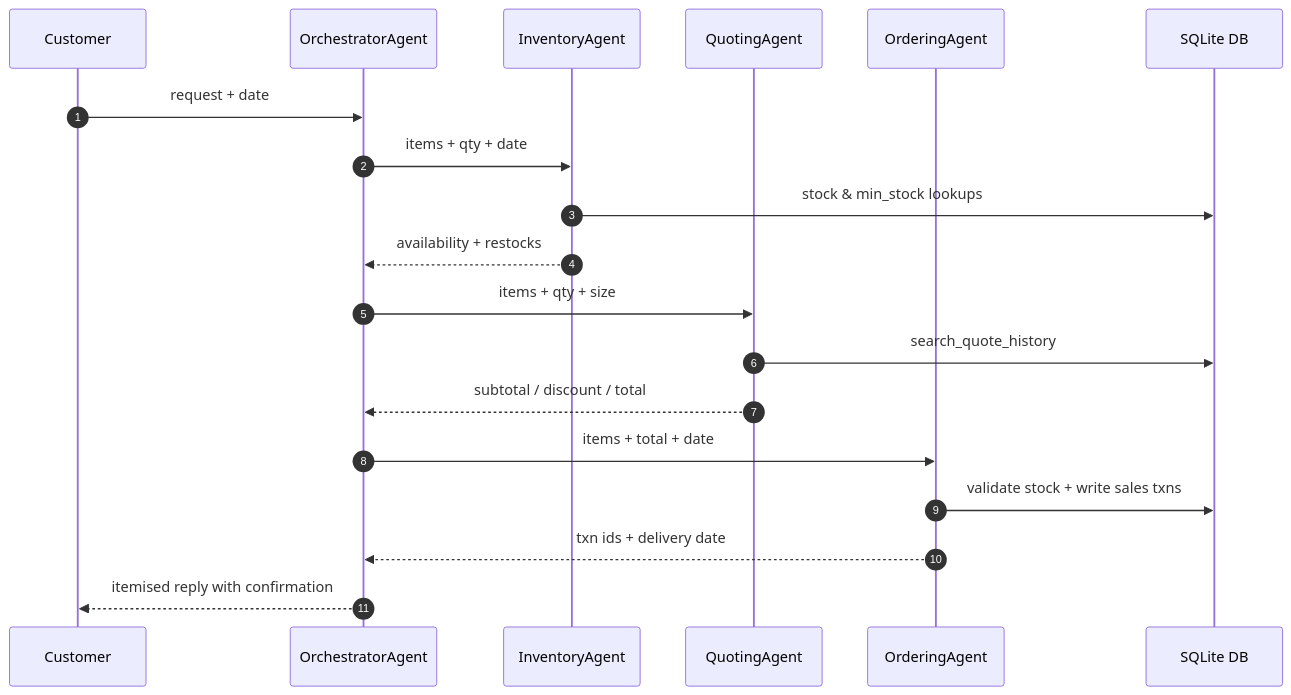
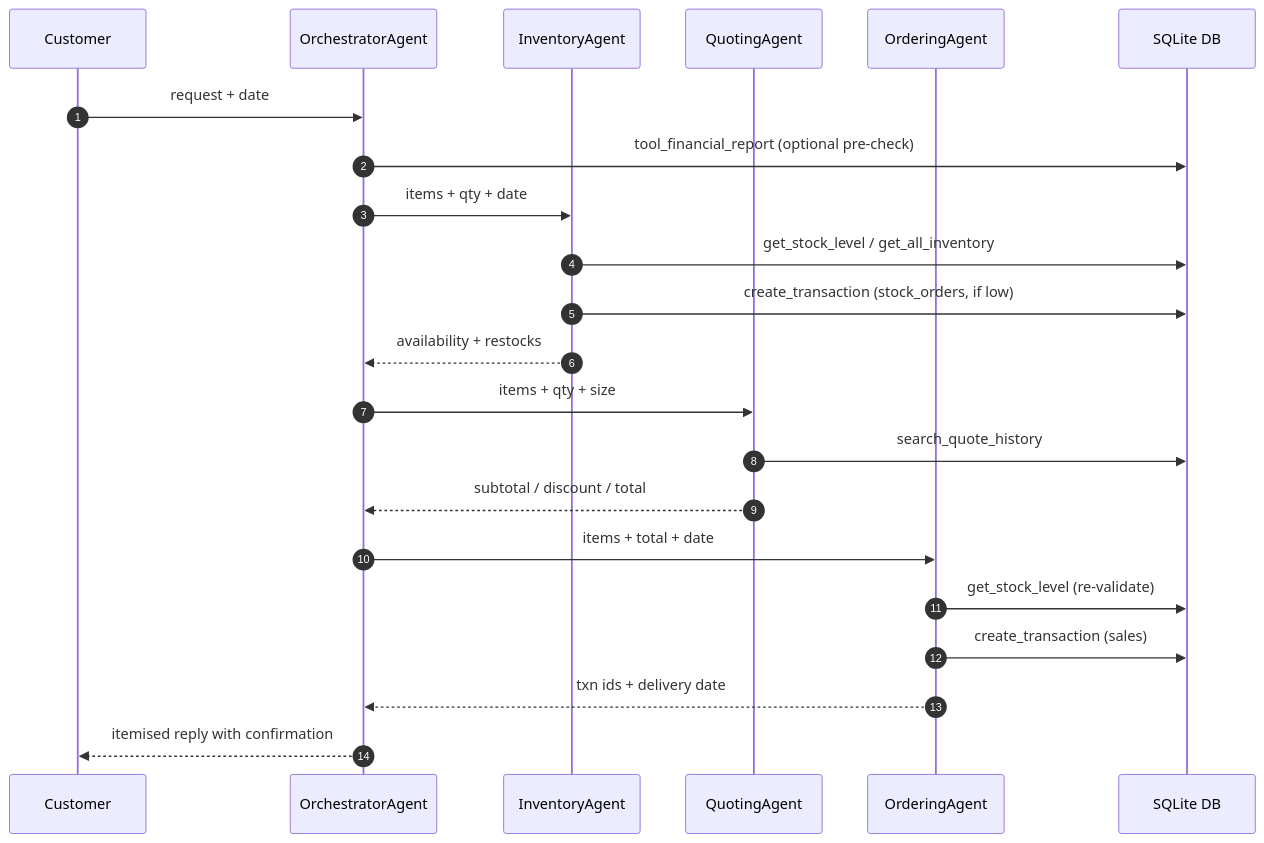
The second of 2 diagrams in project/workflow_diagram.md (atamayop2018/multia-agent-based-workflows), drawn with Mermaid before and after one commit. The commit also changed other lines of this file and 3 other files, not shown here.

````diff
--- a/project/workflow_diagram.md
+++ b/project/workflow_diagram.md
@@ -31,22 +69,25 @@
 ```mermaid
 sequenceDiagram
     autonumber
     participant U as Customer
     participant O as OrchestratorAgent
     participant I as InventoryAgent
     participant Q as QuotingAgent
     participant R as OrderingAgent
     participant DB as SQLite DB
 
     U->>O: request + date
+    O->>DB: tool_financial_report (optional pre-check)
     O->>I: items + qty + date
-    I->>DB: stock & min_stock lookups
+    I->>DB: get_stock_level / get_all_inventory
+    I->>DB: create_transaction (stock_orders, if low)
     I-->>O: availability + restocks
     O->>Q: items + qty + size
     Q->>DB: search_quote_history
     Q-->>O: subtotal / discount / total
     O->>R: items + total + date
-    R->>DB: validate stock + write sales txns
+    R->>DB: get_stock_level (re-validate)
+    R->>DB: create_transaction (sales)
     R-->>O: txn ids + delivery date
     O-->>U: itemised reply with confirmation
 ```
````
